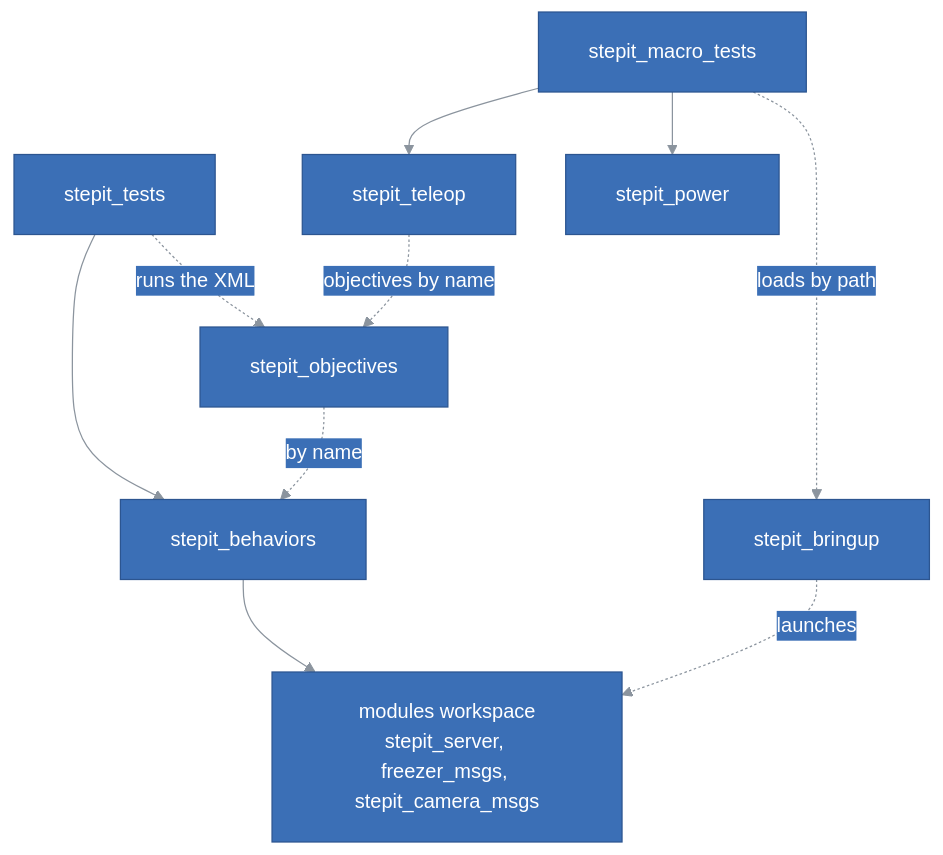
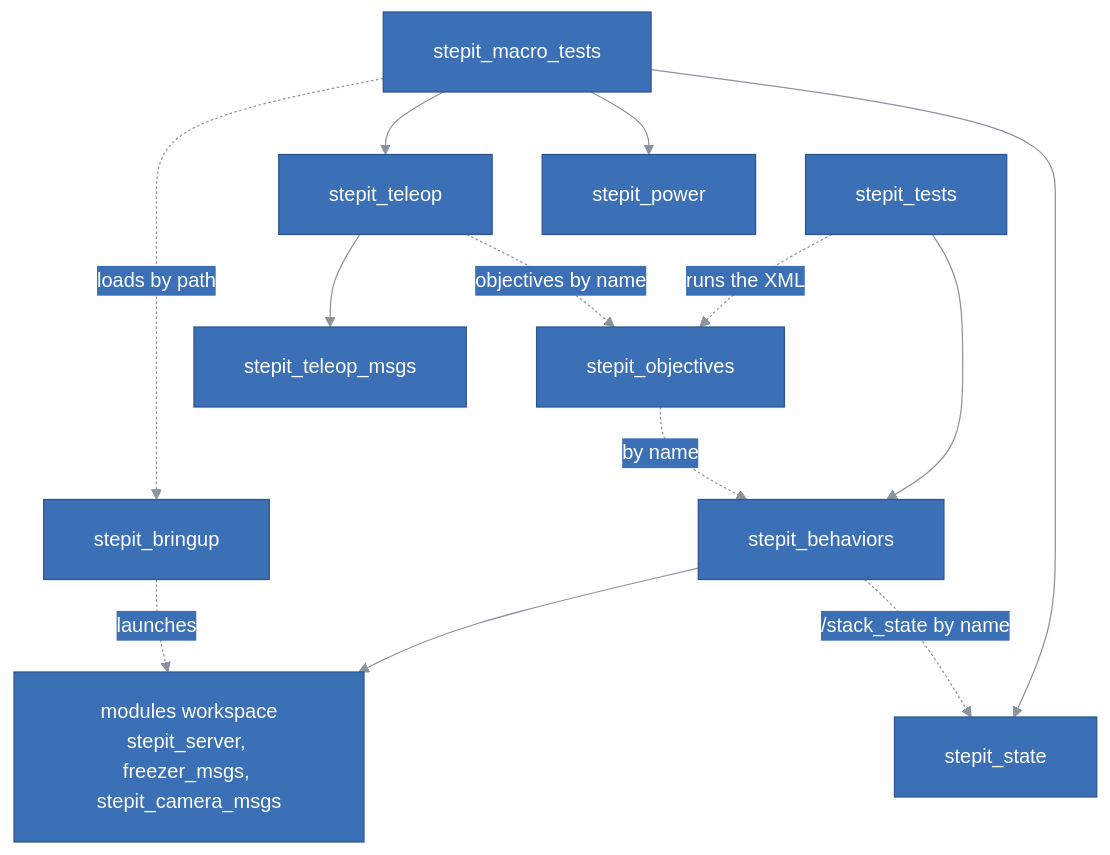
Before and after one commit to kineticsystem/stepit-macro: the second of 3 diagrams in docs/ARCHITECTURE.md, drawn with Mermaid. The commit also changed other lines of this file, not shown here.

First line of the commit message:
Document the state of the rig on stack_state; update the commander

````diff
--- a/docs/ARCHITECTURE.md
+++ b/docs/ARCHITECTURE.md
@@ -152,76 +157,81 @@
 ```mermaid
 ---
 config:
   theme: base
   themeCSS: ".edgeLabel p { padding: 4px 10px; }"
   flowchart:
     padding: 20
     nodeSpacing: 40
     rankSpacing: 50
   class:
     padding: 16
   sequence:
     boxMargin: 12
     boxTextMargin: 8
     noteMargin: 28
     messageMargin: 40
     actorMargin: 60
     labelBoxWidth: 56
     labelBoxHeight: 28
   themeVariables:
     primaryColor: "#3b6fb6"
     primaryTextColor: "#ffffff"
     primaryBorderColor: "#2c5590"
     lineColor: "#8b949e"
     textColor: "#4d86d6"
     actorBkg: "#3b6fb6"
     actorBorder: "#2c5590"
     actorTextColor: "#ffffff"
     actorLineColor: "#8b949e"
     signalColor: "#8b949e"
     signalTextColor: "#4d86d6"
     noteBkgColor: "#3b6fb6"
     noteTextColor: "#ffffff"
     noteBorderColor: "#2c5590"
     secondaryColor: "#3b6fb6"
     tertiaryColor: "#3b6fb6"
     clusterBkg: "transparent"
     clusterBorder: "#8b949e"
     titleColor: "#4d86d6"
     edgeLabelBackground: "#3b6fb6"
     classText: "#ffffff"
     labelBoxBkgColor: "#3b6fb6"
     labelBoxBorderColor: "#2c5590"
     labelTextColor: "#ffffff"
     loopTextColor: "#4d86d6"
     mainBkg: "#3b6fb6"
     nodeBorder: "#2c5590"
     nodeTextColor: "#ffffff"
     secondaryBorderColor: "#2c5590"
     secondaryTextColor: "#ffffff"
     tertiaryBorderColor: "#2c5590"
     tertiaryTextColor: "#ffffff"
     errorBkgColor: "#3b6fb6"
     errorTextColor: "#ffffff"
 ---
 flowchart TB
     Tests["stepit_tests"]
     Objectives["stepit_objectives"]
     Behaviors["stepit_behaviors"]
     Modules["modules workspace<br/>stepit_server, freezer_msgs, stepit_camera_msgs"]
     MacroTests["stepit_macro_tests"]
     Bringup["stepit_bringup"]
     Teleop["stepit_teleop"]
     Power["stepit_power"]
+    State["stepit_state"]
+    TeleopMsgs["stepit_teleop_msgs"]
     Tests --> Behaviors
     Tests -. "runs the XML" .-> Objectives
     Objectives -. "by name" .-> Behaviors
     Behaviors --> Modules
     MacroTests --> Teleop
     MacroTests --> Power
+    MacroTests --> State
+    Teleop --> TeleopMsgs
     MacroTests -. "loads by path" .-> Bringup
     Bringup -. "launches" .-> Modules
     Teleop -. "objectives by name" .-> Objectives
+    Behaviors -. "/stack_state by name" .-> State
 
     classDef default fill:#3b6fb6,stroke:#2c5590,color:#ffffff
 ```
````
